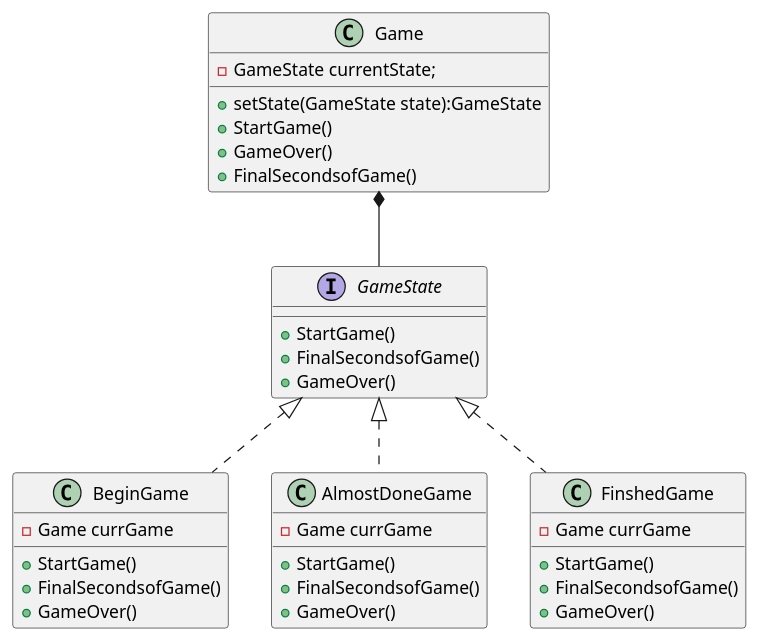
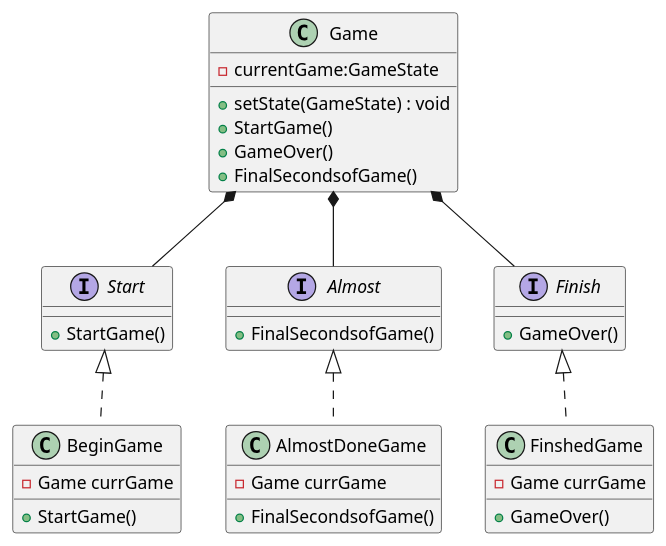
The diagram in UML/Design Patterns/StatePattern.wsd (shadyalattarr/Circus-of-Plates), drawn with PlantUML before and after one commit. The commit also changed 3 other files, not shown here.

```diff
--- a/UML/Design Patterns/StatePattern.wsd
+++ b/UML/Design Patterns/StatePattern.wsd
@@ -1,39 +1,46 @@
 @startuml StatePattern
 
 class Game {
-    - GameState currentState;
-    + setState(GameState state):GameState
+    - currentGame:GameState
+    + setState(GameState) : void
     + StartGame()
     + GameOver()
     + FinalSecondsofGame()
 }
 
-interface GameState { 
+interface Start { 
     +StartGame()
+    
+}
+interface Almost { 
+    
     +FinalSecondsofGame()
+    
+}
+interface Finish { 
+    
     +GameOver()
 }
 
-class BeginGame implements GameState{ 
+class BeginGame implements Start{ 
     -Game currGame
     +StartGame()
-    +FinalSecondsofGame()
-    +GameOver() 
+   
 }
 
-class AlmostDoneGame implements GameState{
+class AlmostDoneGame implements Almost{
     -Game currGame
-    +StartGame()
     +FinalSecondsofGame()
+   
+}
+
+class FinshedGame implements Finish{
+    -Game currGame
+   
     +GameOver()
 }
 
-class FinshedGame implements GameState{
-    -Game currGame
-    +StartGame()
-    +FinalSecondsofGame()
-    +GameOver()
-}
-
-Game *-- GameState
+Game *-- Start
+Game *-- Almost
+Game *-- Finish
 @enduml
```
